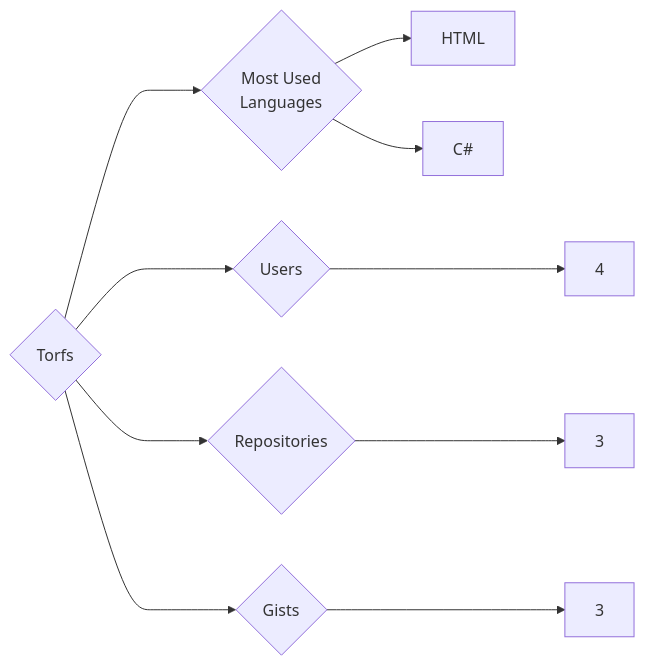
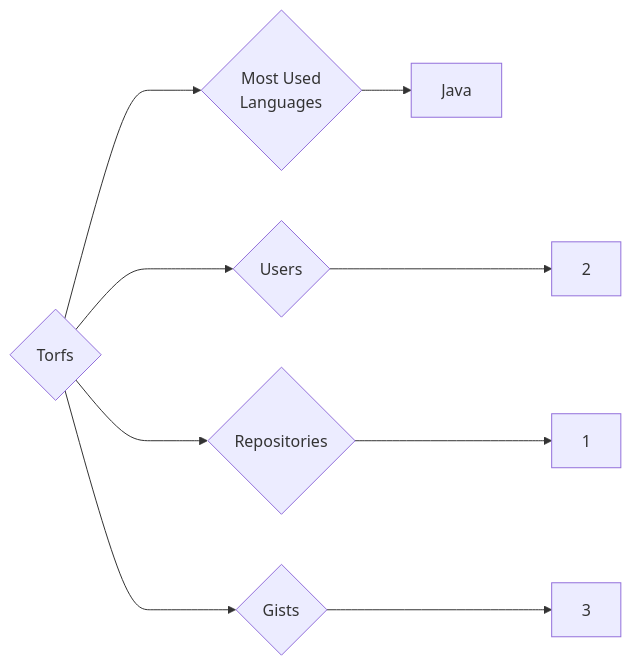
Before and after one commit to trickest/insiders: the diagram in targets/Torfs/README.md, drawn with Mermaid. The commit also changed 953 other files, not shown here.

````diff
--- a/targets/Torfs/README.md
+++ b/targets/Torfs/README.md
@@ -3,10 +3,9 @@
 ```mermaid
 graph LR
 COMPANY_NAME{Torfs}
-COMPANY_NAME ---> U{Users} ---> UN[4]
-COMPANY_NAME ---> R{Repositories} ---> RN[3]
+COMPANY_NAME ---> U{Users} ---> UN[2]
+COMPANY_NAME ---> R{Repositories} ---> RN[1]
 COMPANY_NAME ---> G{Gists} ---> GN[3]
 COMPANY_NAME ---> ML{Most Used<br>Languages}
-ML --> HTML[HTML]
-ML --> C#[C#]
+ML --> Java[Java]
 ```
````
